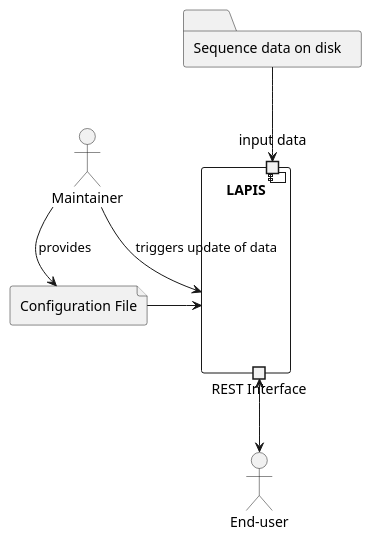
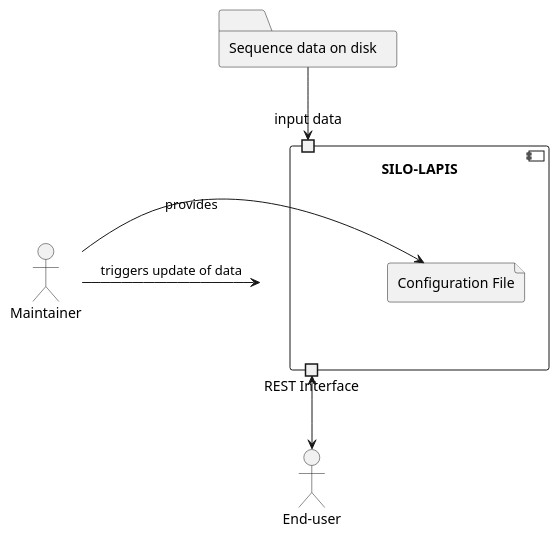
The diagram in docs/arc42/images/systemScopeAndContext.puml (GenSpectrum/LAPIS), drawn with PlantUML before and after one commit. The commit also changed 2 other files, not shown here.

```diff
--- a/docs/arc42/images/systemScopeAndContext.puml
+++ b/docs/arc42/images/systemScopeAndContext.puml
@@ -1,34 +1,28 @@
 @startuml
 
 actor Enduser as "End-user"
 actor maintainer as "Maintainer"
 
-component LAPIS as "LAPIS" {
+component SILO-LAPIS as "SILO-LAPIS" {
     portout restInterface as "REST Interface"
     portin inputData as "input data"
+
+    file "Configuration File" as config
 }
 
 
 folder InputData as "Sequence data on disk" {
 }
-
-
-
-file "Configuration File" as config
-
 
 
 Enduser <-up-> restInterface
 
 
 InputData -d-> inputData
 
 
-maintainer -d-> config: provides
-maintainer -> LAPIS: triggers update of data
-
-config -r-> LAPIS
-
+maintainer -r-> config: provides
+maintainer -r-> "SILO-LAPIS": triggers update of data
 
 
 @enduml
```
